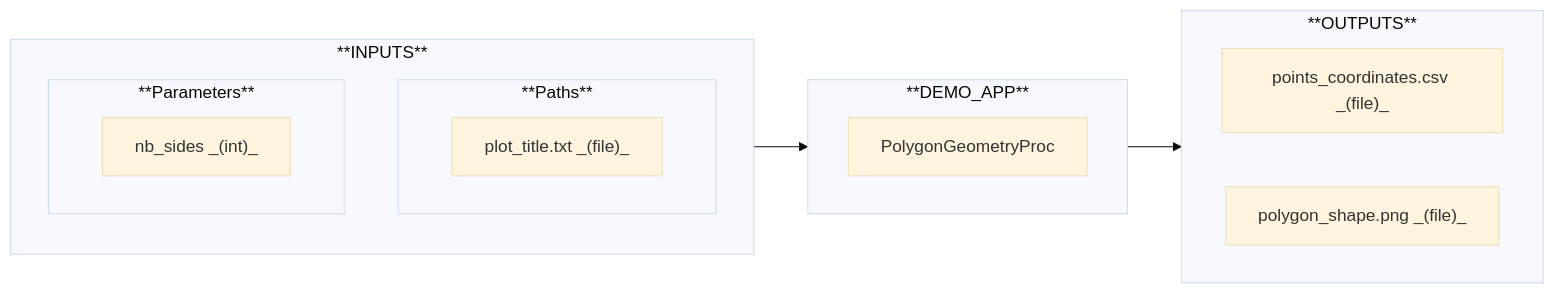
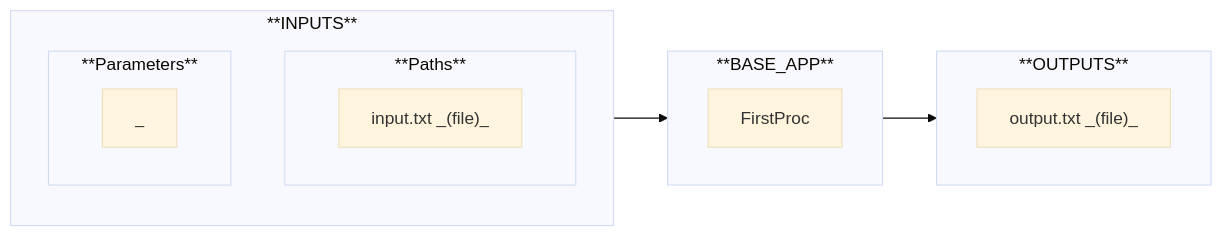
Before and after one commit to nuremics/nuremics-labs: the fifth of 6 diagrams in src/labs/apps/general/BASE_APP/README.md, drawn with Mermaid (base theme). The commit also changed other lines of this file and 2 other files, not shown here.

Commit message:
update BASE_APP README

````diff
--- a/src/labs/apps/general/BASE_APP/README.md
+++ b/src/labs/apps/general/BASE_APP/README.md
@@ -158,30 +102,29 @@
 ```mermaid
 flowchart LR
   subgraph **INPUTS**
     direction TB
 
     subgraph **Paths**
       direction LR
-      path1["plot_title.txt _(file)_"]
+      path1["input.txt _(file)_"]
     end
 
     subgraph **Parameters**
       direction LR
-      param1["nb_sides _(int)_"]
+      param1["_"]
     end
   end
 
-  subgraph **DEMO_APP**
+  subgraph **BASE_APP**
     direction RL
-    proc1["PolygonGeometryProc"]
+    proc1["FirstProc"]
   end
 
   subgraph **OUTPUTS**
     direction RL
-    out1["points_coordinates.csv _(file)_"]
-    out2["polygon_shape.png _(file)_"]
+    out1["output.txt _(file)_"]
   end
 
   **INPUTS** --> proc1
   proc1 --> **OUTPUTS**
 ```
````
